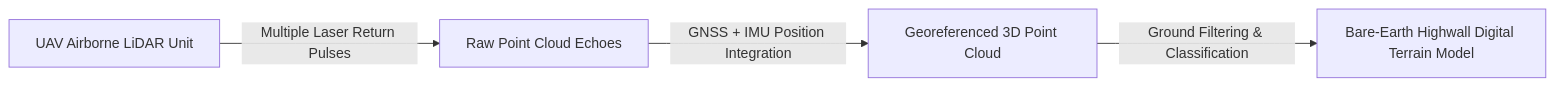
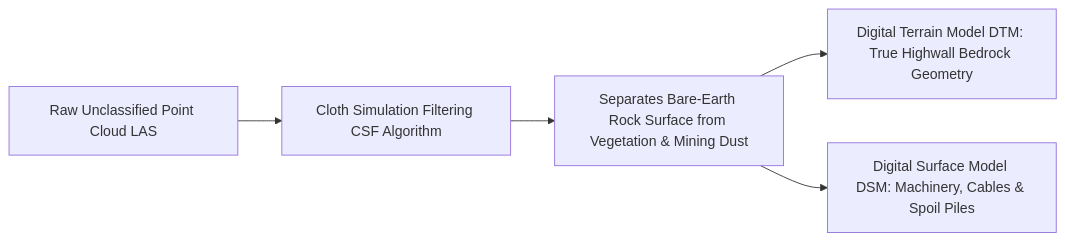
Before and after one commit to angelverman2021-a11y/Report: the third of 14 diagrams in docs/08_UAV_LiDAR.md, drawn with Mermaid. The commit also changed other lines of this file, not shown here.

Commit message:
feat: Add comprehensive 26-section report for Existing Technology 8: UAV LiDAR

````diff
--- a/docs/08_UAV_LiDAR.md
+++ b/docs/08_UAV_LiDAR.md
@@ -14,6 +132,7 @@
 ```mermaid
 flowchart LR
-    A[UAV Airborne LiDAR Unit] -->|Multiple Laser Return Pulses| B[Raw Point Cloud Echoes]
-    B -->|GNSS + IMU Position Integration| C[Georeferenced 3D Point Cloud]
-    C -->|Ground Filtering & Classification| D[Bare-Earth Highwall Digital Terrain Model]
+    A[Raw Unclassified Point Cloud LAS] --> B[Cloth Simulation Filtering CSF Algorithm]
+    B --> C[Separates Bare-Earth Rock Surface from Vegetation & Mining Dust]
+    C --> D[Digital Terrain Model DTM: True Highwall Bedrock Geometry]
+    C --> E[Digital Surface Model DSM: Machinery, Cables & Spoil Piles]
 ```
````
